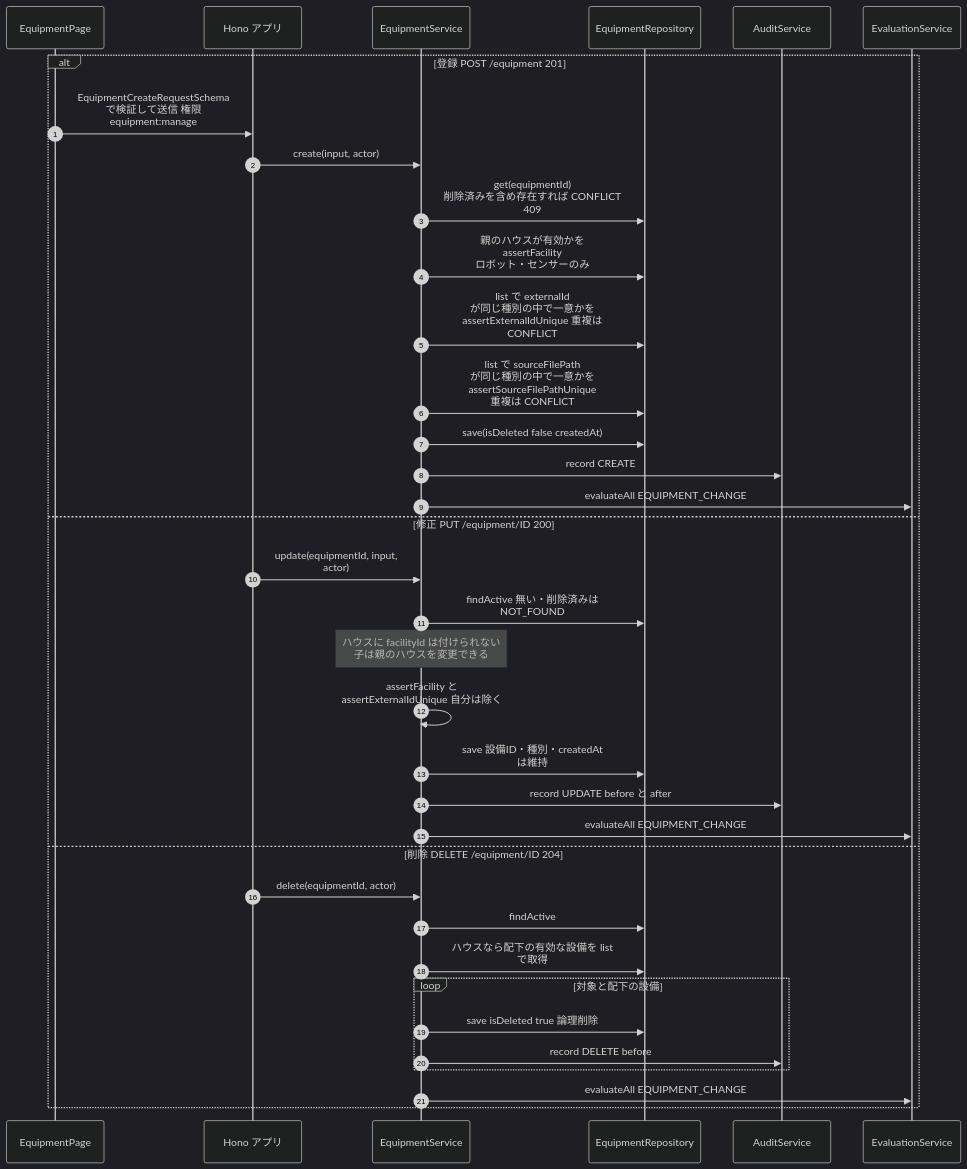
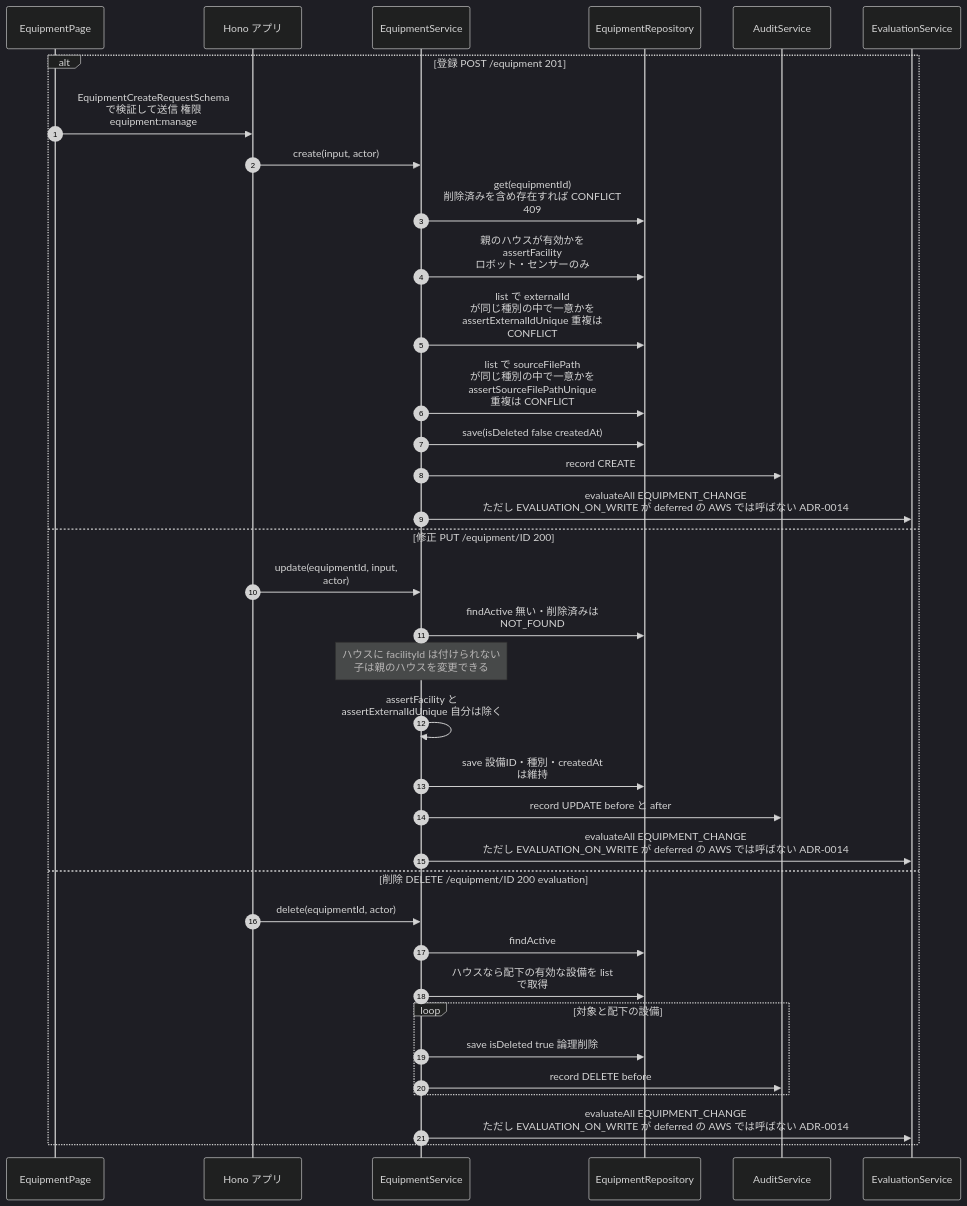
Diagram 17 of 47 in docs/10_design/architecture/as-built.md (NS-APU/smart-farm-monitoring), drawn with Mermaid (dark theme) before and after one commit. The commit also changed other lines of this file and 7 other files, not shown here.

````diff
--- a/docs/10_design/architecture/as-built.md
+++ b/docs/10_design/architecture/as-built.md
@@ -1421,39 +1421,39 @@
 ```mermaid
 sequenceDiagram
   autonumber
   participant PG as EquipmentPage
   participant APP as Hono アプリ
   participant ES as EquipmentService
   participant REP as EquipmentRepository
   participant AU as AuditService
   participant EV as EvaluationService
 
   alt 登録 POST /equipment 201
     PG->>APP: EquipmentCreateRequestSchema<br>で検証して送信 権限<br>equipment:manage
     APP->>ES: create(input, actor)
     ES->>REP: get(equipmentId)<br>削除済みを含め存在すれば CONFLICT<br>409
     ES->>REP: 親のハウスが有効かを<br>assertFacility<br>ロボット・センサーのみ
     ES->>REP: list で externalId<br>が同じ種別の中で一意かを<br>assertExternalIdUnique 重複は<br>CONFLICT
     ES->>REP: list で sourceFilePath<br>が同じ種別の中で一意かを<br>assertSourceFilePathUnique<br>重複は CONFLICT
     ES->>REP: save(isDeleted false createdAt)
     ES->>AU: record CREATE
-    ES->>EV: evaluateAll EQUIPMENT_CHANGE
+    ES->>EV: evaluateAll EQUIPMENT_CHANGE<br>ただし EVALUATION_ON_WRITE が deferred の AWS では呼ばない ADR-0014
   else 修正 PUT /equipment/ID 200
     APP->>ES: update(equipmentId, input,<br>actor)
     ES->>REP: findActive 無い・削除済みは<br>NOT_FOUND
     Note over ES: ハウスに facilityId は付けられない<br>子は親のハウスを変更できる
     ES->>ES: assertFacility と<br>assertExternalIdUnique 自分は除く
     ES->>REP: save 設備ID・種別・createdAt<br>は維持
     ES->>AU: record UPDATE before と after
-    ES->>EV: evaluateAll EQUIPMENT_CHANGE
-  else 削除 DELETE /equipment/ID 204
+    ES->>EV: evaluateAll EQUIPMENT_CHANGE<br>ただし EVALUATION_ON_WRITE が deferred の AWS では呼ばない ADR-0014
+  else 削除 DELETE /equipment/ID 200 evaluation
     APP->>ES: delete(equipmentId, actor)
     ES->>REP: findActive
     ES->>REP: ハウスなら配下の有効な設備を list<br>で取得
     loop 対象と配下の設備
       ES->>REP: save isDeleted true 論理削除
       ES->>AU: record DELETE before
     end
-    ES->>EV: evaluateAll EQUIPMENT_CHANGE
+    ES->>EV: evaluateAll EQUIPMENT_CHANGE<br>ただし EVALUATION_ON_WRITE が deferred の AWS では呼ばない ADR-0014
   end
 ```
````
